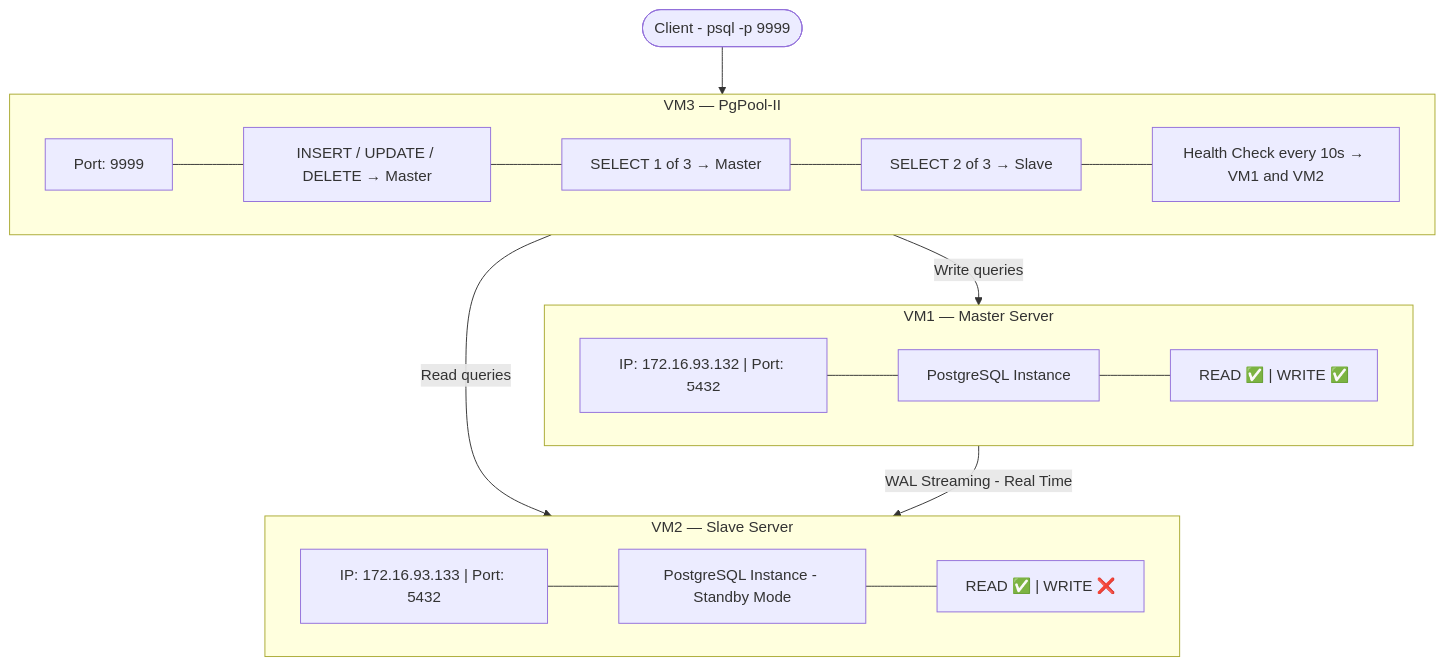
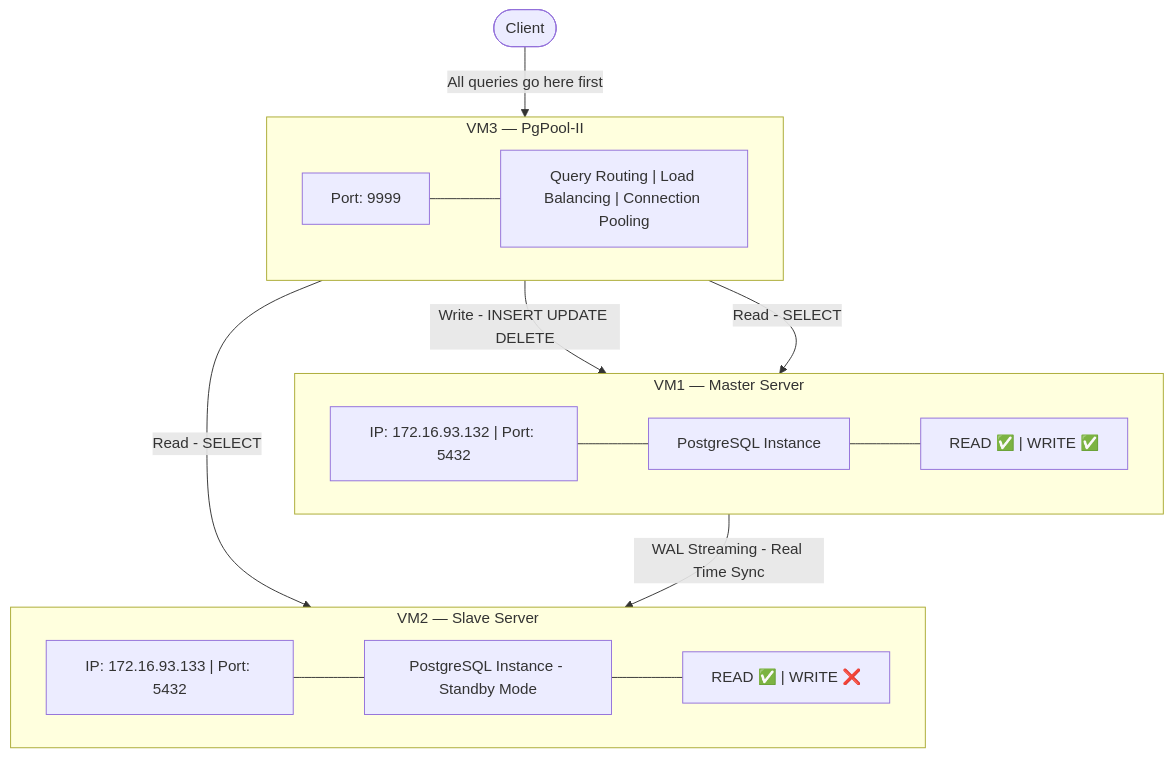
One commit to iyafes/TN_Devops_Linux changed the second of 4 diagrams in pg_pool-with-replication.md. Above: the diagram before and after it, drawn with Mermaid. The commit also changed other lines of this file, not shown here.

````diff
--- a/pg_pool-with-replication.md
+++ b/pg_pool-with-replication.md
@@ -25,32 +124,30 @@
 ```mermaid
 flowchart TB
-    C([Client - psql -p 9999])
+    C([Client])
 
     subgraph VM3["VM3 — PgPool-II"]
         P1["Port: 9999"]
-        P2["INSERT / UPDATE / DELETE → Master"]
-        P3["SELECT 1 of 3 → Master"]
-        P4["SELECT 2 of 3 → Slave"]
-        P5["Health Check every 10s → VM1 and VM2"]
-        P1 --- P2 --- P3 --- P4 --- P5
+        P2["Query Routing | Load Balancing | Connection Pooling"]
+        P1 --- P2
     end
 
     subgraph VM1["VM1 — Master Server"]
         M1["IP: 172.16.93.132 | Port: 5432"]
         M2["PostgreSQL Instance"]
         M3["READ ✅ | WRITE ✅"]
         M1 --- M2 --- M3
     end
 
     subgraph VM2["VM2 — Slave Server"]
         S1["IP: 172.16.93.133 | Port: 5432"]
         S2["PostgreSQL Instance - Standby Mode"]
         S3["READ ✅ | WRITE ❌"]
         S1 --- S2 --- S3
     end
 
-    C --> VM3
-    VM3 -->|Write queries| VM1
-    VM3 -->|Read queries| VM2
-    VM1 -->|WAL Streaming - Real Time| VM2
+    C -->|All queries go here first| VM3
+    VM3 -->|Write - INSERT UPDATE DELETE| VM1
+    VM3 -->|Read - SELECT| VM1
+    VM3 -->|Read - SELECT| VM2
+    VM1 -->|WAL Streaming - Real Time Sync| VM2
 ```
````
